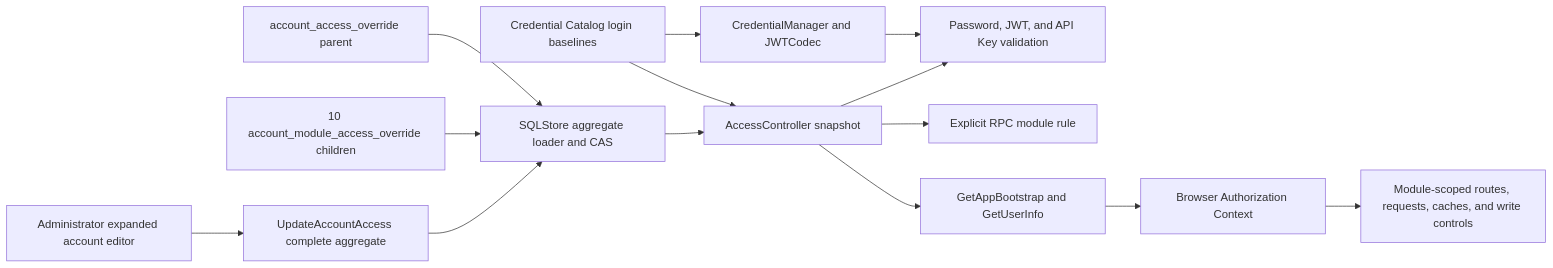
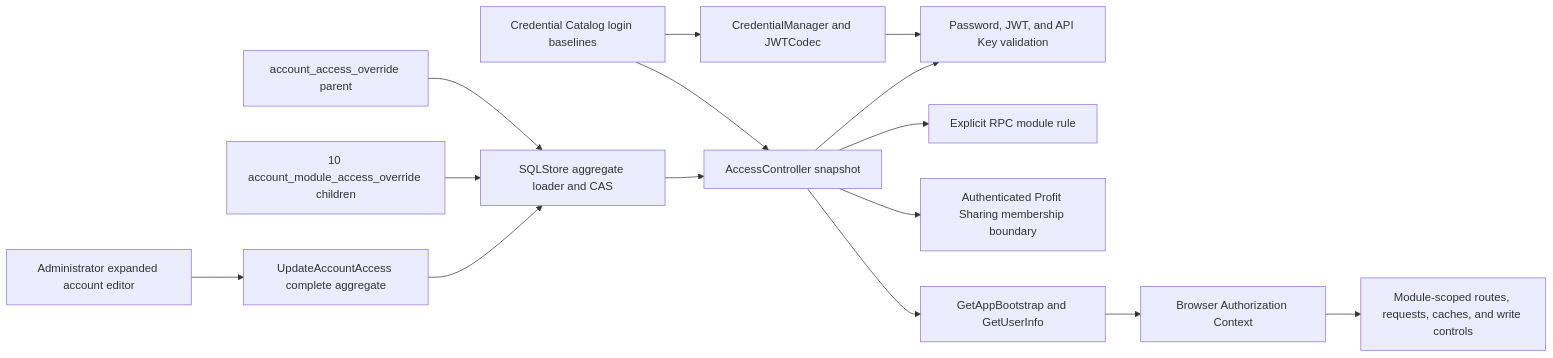
One commit to useryege/athena-o changed the diagram in docs/design/identity-access/account-access-control.md. Above: the diagram before and after it, drawn with Mermaid. The commit also changed other lines of this file and 55 other files, not shown here.

````diff
--- a/docs/design/identity-access/account-access-control.md
+++ b/docs/design/identity-access/account-access-control.md
@@ -38,16 +38,17 @@
 ```mermaid
 flowchart LR
     E["Credential Catalog login baselines"] --> C["AccessController snapshot"]
     E --> D["CredentialManager and JWTCodec"]
     H["account_access_override parent"] --> S["SQLStore aggregate loader and CAS"]
     M["10 account_module_access_override children"] --> S
     S --> C
     A["Administrator expanded account editor"] --> U["UpdateAccountAccess complete aggregate"]
     U --> S
     D --> L["Password, JWT, and API Key validation"]
     C --> L
     C --> R["Explicit RPC module rule"]
+    C --> P["Authenticated Profit Sharing membership boundary"]
     C --> B["GetAppBootstrap and GetUserInfo"]
     B --> X["Browser Authorization Context"]
     X --> Q["Module-scoped routes, requests, caches, and write controls"]
 ```
````
